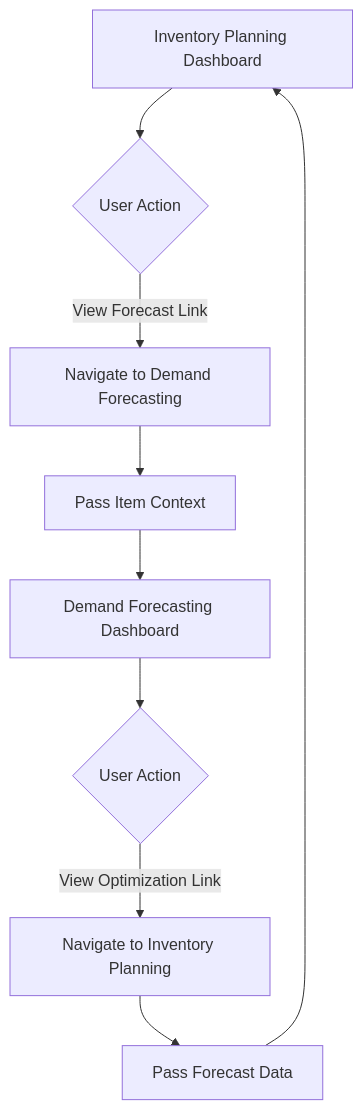
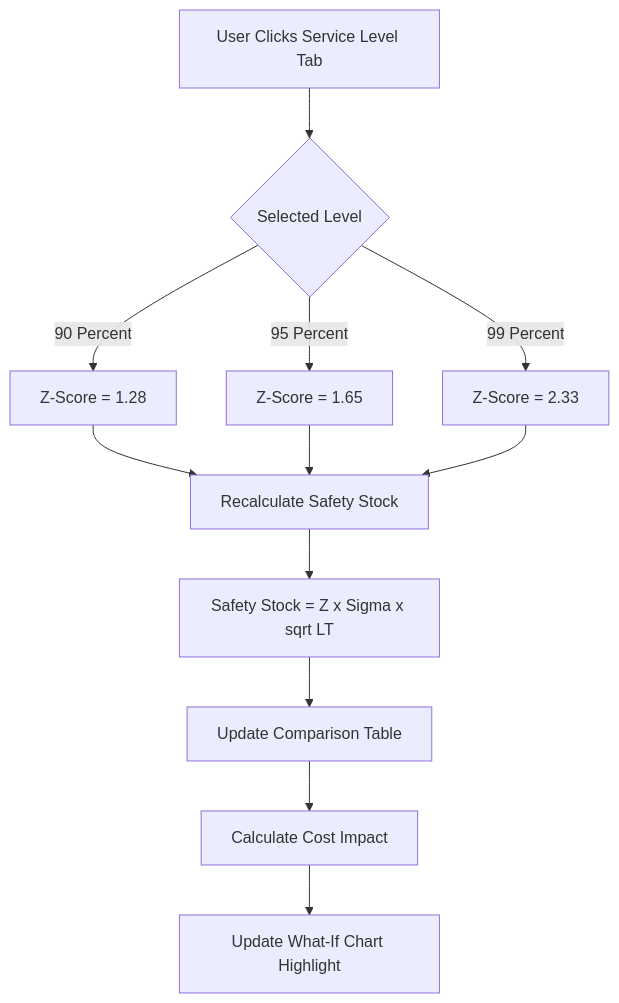
Diagram 16 of 32 in docs/app/operational-planning/inventory-planning/FD-inventory-planning.md (PeakMNA/carmen), drawn with Mermaid before and after one commit. The commit also changed other lines of this file and 473 other files, not shown here.

````diff
--- a/docs/app/operational-planning/inventory-planning/FD-inventory-planning.md
+++ b/docs/app/operational-planning/inventory-planning/FD-inventory-planning.md
@@ -365,13 +392,17 @@
 ```mermaid
 graph TB
-    A[Inventory Planning Dashboard] --> B{User Action}
+    A[User Clicks Service Level Tab] --> B{Selected Level}
 
-    B -->|View Forecast Link| C[Navigate to Demand Forecasting]
-    C --> D[Pass Item Context]
-    D --> E[Demand Forecasting Dashboard]
+    B -->|90 Percent| C[Z-Score = 1.28]
+    B -->|95 Percent| D[Z-Score = 1.65]
+    B -->|99 Percent| E[Z-Score = 2.33]
 
-    E --> F{User Action}
-    F -->|View Optimization Link| G[Navigate to Inventory Planning]
-    G --> H[Pass Forecast Data]
-    H --> A
+    C --> F[Recalculate Safety Stock]
+    D --> F
+    E --> F
+
+    F --> G[Safety Stock = Z x Sigma x sqrt LT]
+    G --> H[Update Comparison Table]
+    H --> I[Calculate Cost Impact]
+    I --> J[Update What-If Chart Highlight]
 ```
````
